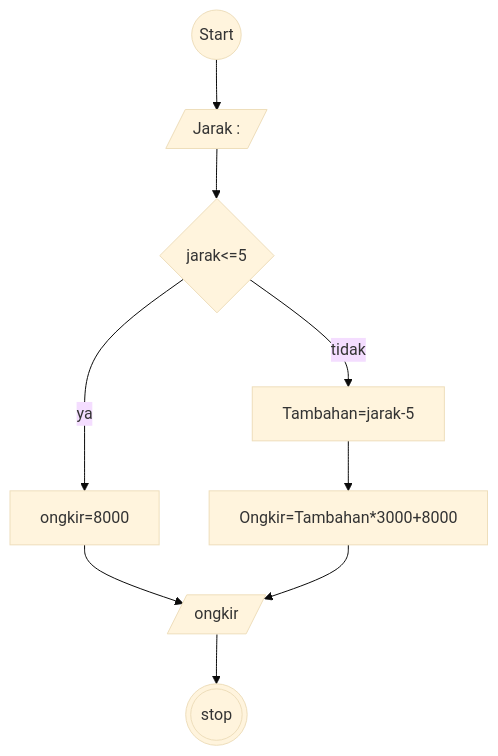
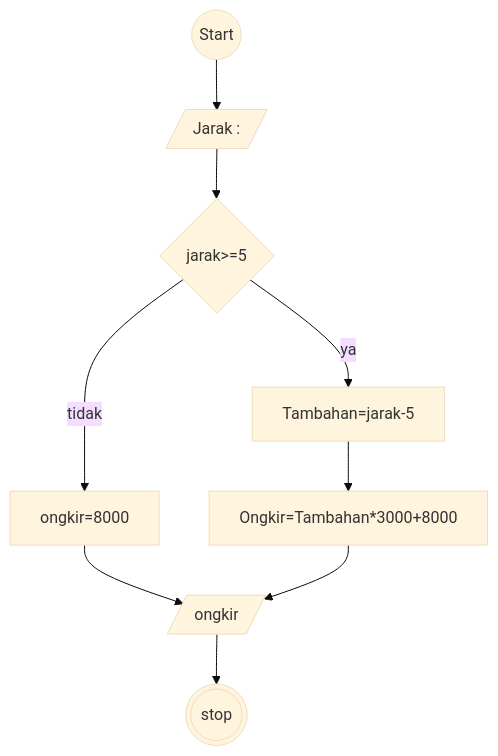
The diagram in minitask8.md (hilmy07/koda-b4-algoritma), drawn with Mermaid (base theme) before and after one commit. The commit also changed 1 other file, not shown here.

````diff
--- a/minitask8.md
+++ b/minitask8.md
@@ -3,20 +3,20 @@
 ```mermaid
 
 flowchart TD
 km[/Jarak : /]
-dcs{jarak<=5}
+dcs{jarak>=5}
 Tambahan[Tambahan=jarak-5]
 b[Ongkir=Tambahan*3000+8000]
 a[ongkir=8000]
 total[/ongkir/]
 
 strt((Start))-->km
 km-->dcs
-dcs--tidak-->Tambahan
+dcs--ya-->Tambahan
 Tambahan-->b
-dcs--ya-->a;
+dcs--tidak-->a;
 a-->total;
 b-->total;
 total-->stp(((stop)));
 
 ```
````
